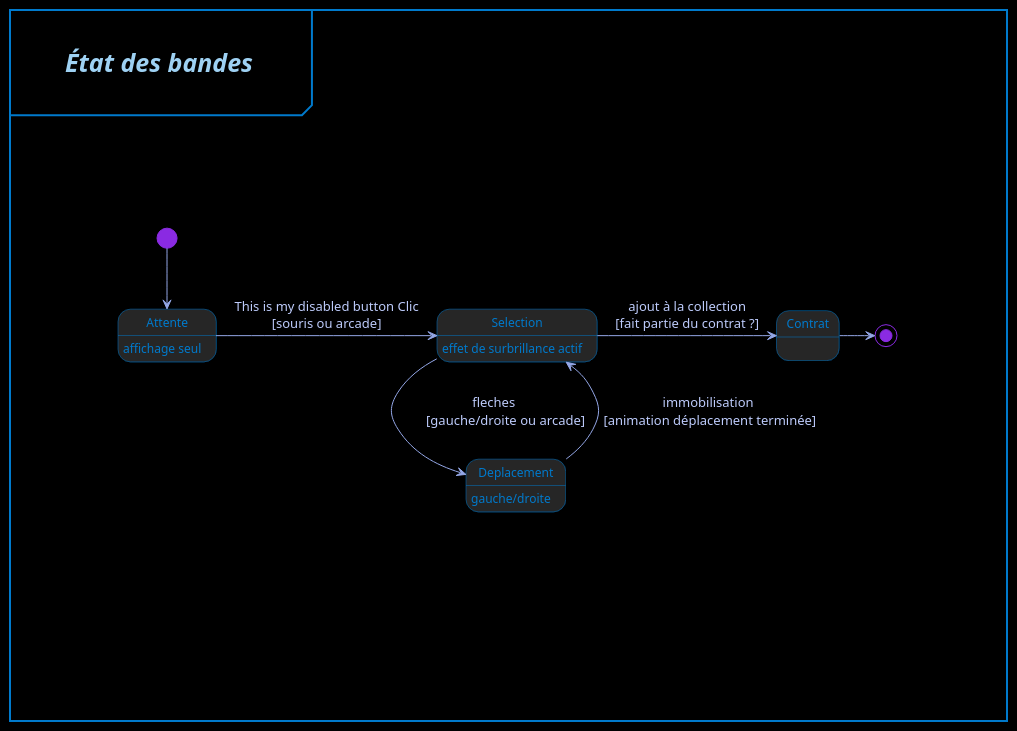
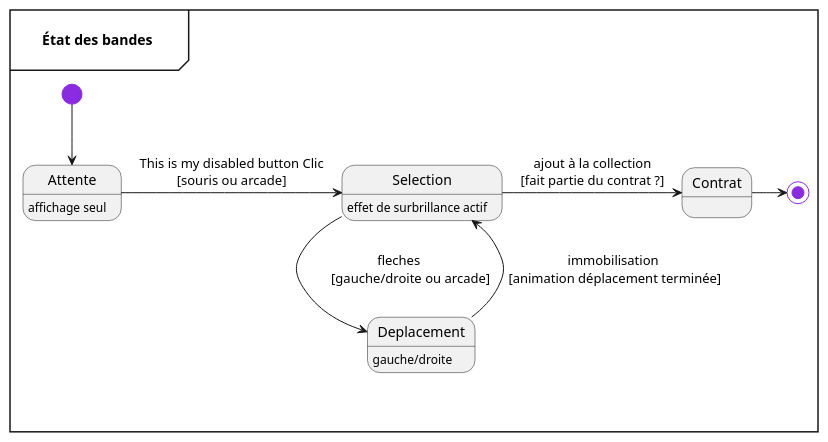
The diagram in docs/uml/puml/BandesStateDiagram.puml (MaiveCL/Projet_session_JV), drawn with PlantUML before and after one commit. The commit also changed 1 other file, not shown here.

Commit message:
Diagramme d'état

```diff
--- a/docs/uml/puml/BandesStateDiagram.puml
+++ b/docs/uml/puml/BandesStateDiagram.puml
@@ -1,44 +1,44 @@
 @startuml "État des bandes"
-' Définir le style global
-skinparam {
-    backgroundColor #000000ff
-    shadowing true
-    FontName "Consolas"
-    ArrowColor #94a7e7ff
-    ArrowFontColor #bdcbfbff
-    StartColor #007acc
-    EndColor #bdcbfb
-}
-' Style pour les states
-skinparam state {
-    BackgroundColor #252526
-    fontColor #007acc
-    BorderColor #007acc
-    FontName "Consolas"
-    FontSize 12
-}
-<style>
-mainframe {
-  LineColor #007acc
-  LineThickness 2.0
-  FontColor #9ed1f3ff
-  FontSize 25
-  FontStyle italic
-  Margin 50
-  Padding 100
-}
-</style>
+' ' Définir le style global
+' skinparam {
+'     backgroundColor #000000ff
+'     shadowing true
+'     FontName "Consolas"
+'     ArrowColor #94a7e7ff
+'     ArrowFontColor #bdcbfbff
+'     StartColor #007acc
+'     EndColor #bdcbfb
+' }
+' ' Style pour les states
+' skinparam state {
+'     BackgroundColor #252526
+'     fontColor #007acc
+'     BorderColor #007acc
+'     FontName "Consolas"
+'     FontSize 12
+' }
+' <style>
+' mainframe {
+'   LineColor #007acc
+'   LineThickness 2.0
+'   FontColor #9ed1f3ff
+'   FontSize 25
+'   FontStyle italic
+'   Margin 50
+'   Padding 100
+' }
+' </style>
 mainframe \n\t**État des bandes**\t\n
 
     state Attente : affichage seul
     state Selection : effet de surbrillance actif
     state Deplacement : gauche/droite
     state Contrat
 
     [*] #BlueViolet --> Attente
     Attente -> Selection : This is my disabled button Clic\n[souris ou arcade]
     Selection -> Deplacement : fleches\n\t[gauche/droite ou arcade]\t
     Deplacement --> Selection :immobilisation\n [animation déplacement terminée]
     Selection -> Contrat :ajout à la collection\n[fait partie du contrat ?]
     Contrat -> [*] #BlueViolet
 @enduml
```
